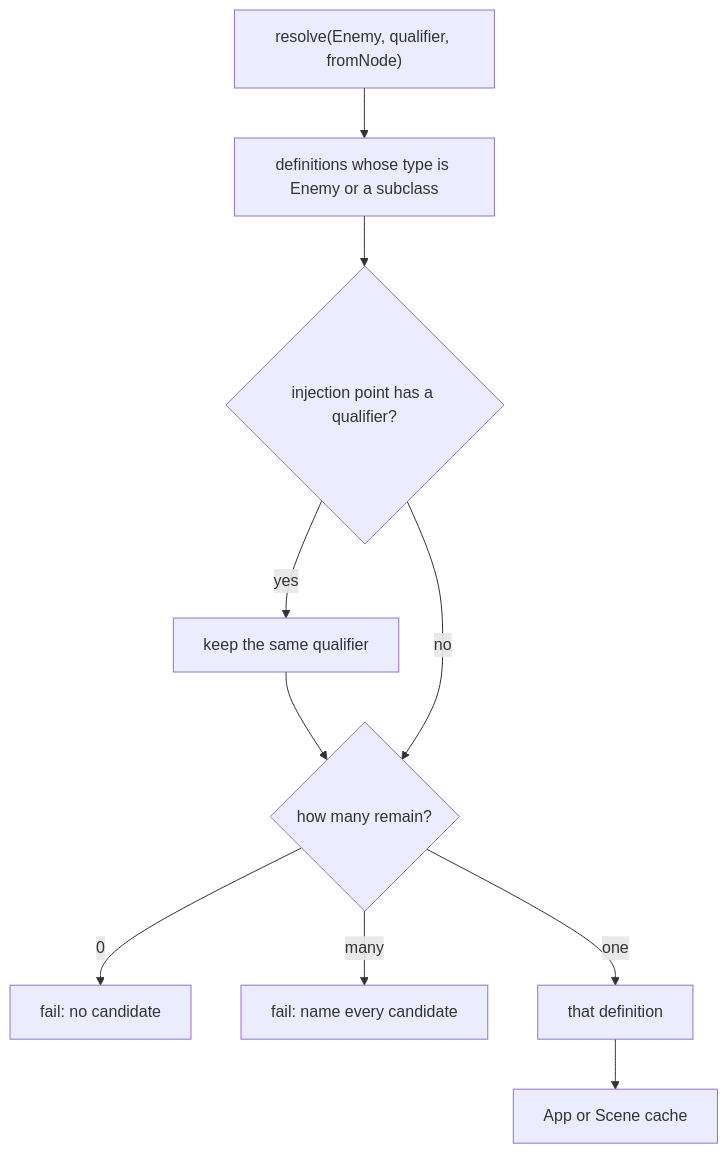
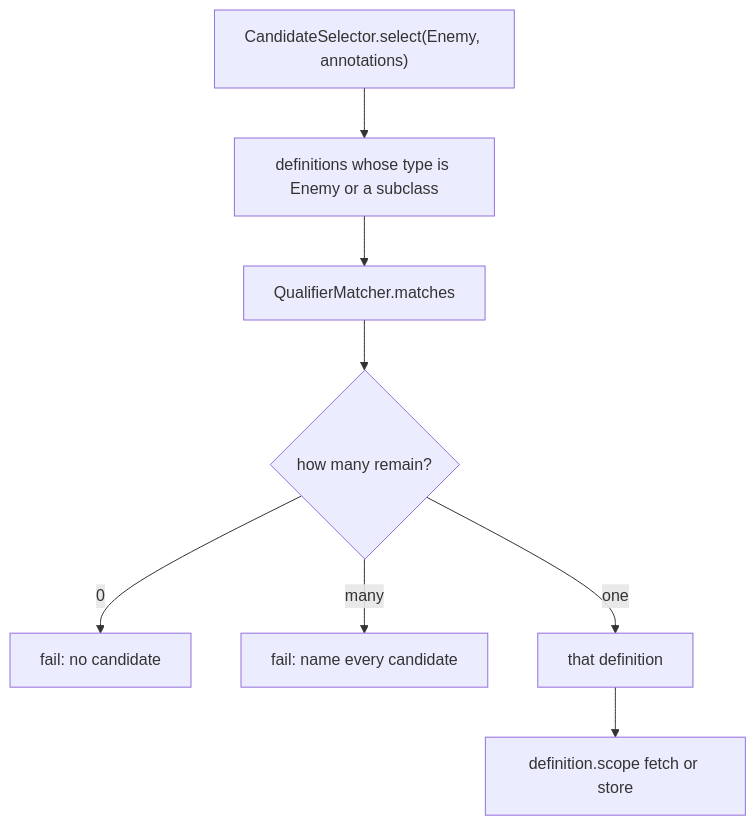
One commit to jaeckl/annotation-addon changed the sixth of 9 diagrams in docs/ioc-architecture.md. Above: the diagram before and after it, drawn with Mermaid. The commit also changed other lines of this file, not shown here.

````diff
--- a/docs/ioc-architecture.md
+++ b/docs/ioc-architecture.md
@@ -157,19 +205,16 @@
 ```mermaid
 flowchart TD
-    ask["resolve(Enemy, qualifier, fromNode)"]
+    ask["CandidateSelector.select(Enemy, annotations)"]
     list["definitions whose type is Enemy or a subclass"]
-    q{"injection point has a qualifier?"}
-    named["keep the same qualifier"]
+    match["QualifierMatcher.matches"]
     count{"how many remain?"}
     fail0["fail: no candidate"]
     failN["fail: name every candidate"]
     one["that definition"]
-    scope["App or Scene cache"]
+    scope["definition.scope fetch or store"]
 
-    ask --> list --> q
-    q -->|yes| named --> count
-    q -->|no| count
+    ask --> list --> match --> count
     count -->|0| fail0
     count -->|many| failN
     count -->|one| one --> scope
 ```
````
